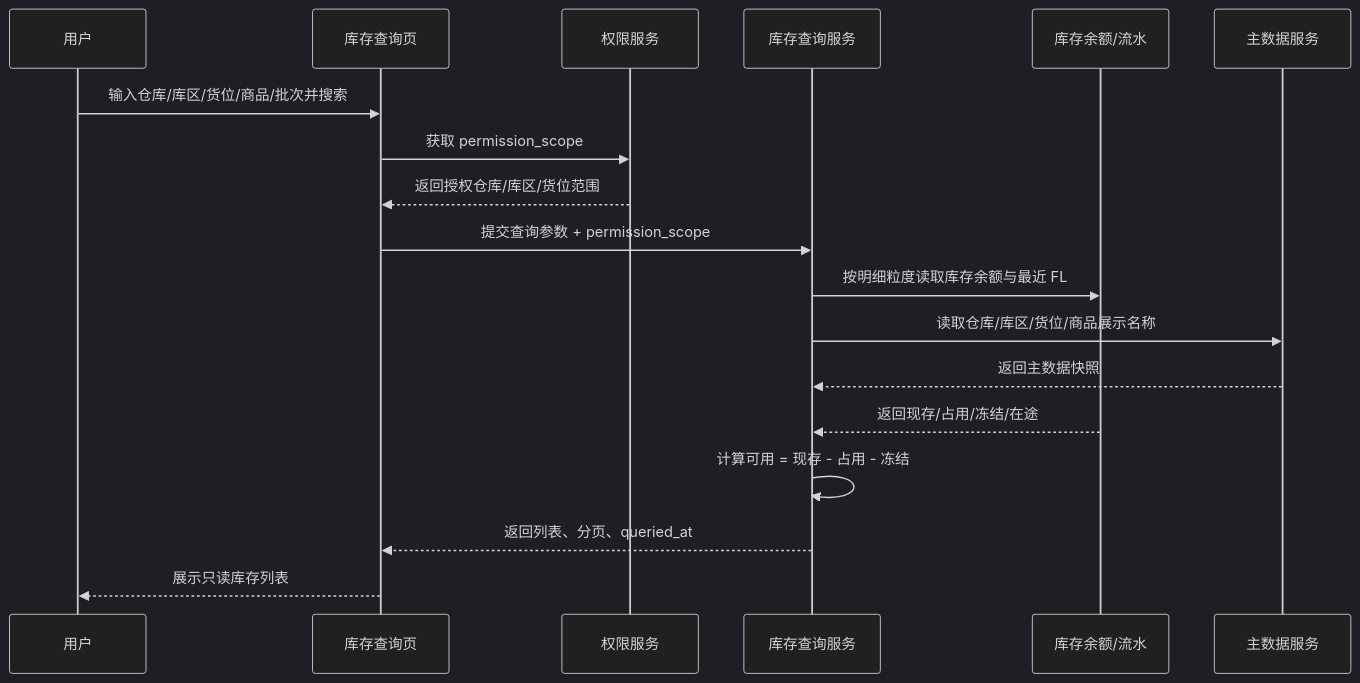
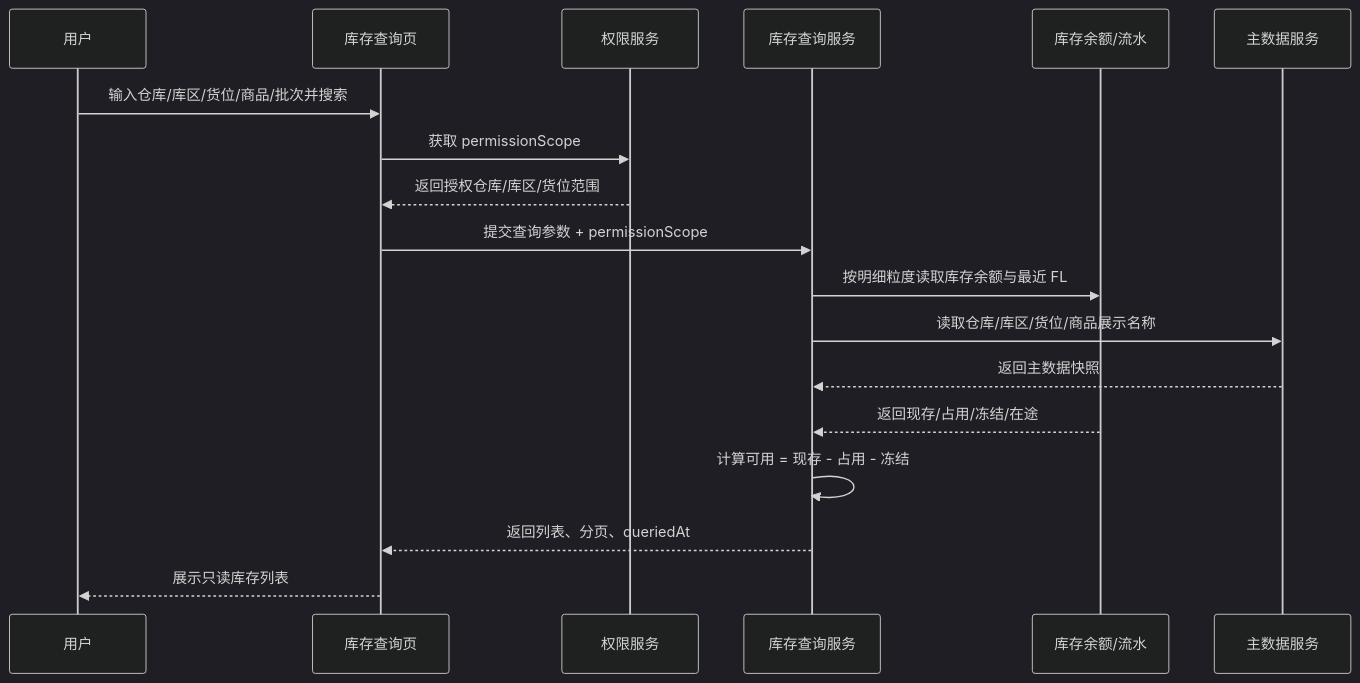
Before and after one commit to lophyJessica/forge-crm: the second of 2 diagrams in prd-docs/库存管理/库存查询/库存查询_业务流程推演.md, drawn with Mermaid (dark theme). The commit also changed other lines of this file and 51 other files, not shown here.

````diff
--- a/prd-docs/库存管理/库存查询/库存查询_业务流程推演.md
+++ b/prd-docs/库存管理/库存查询/库存查询_业务流程推演.md
@@ -59,21 +59,21 @@
 ```mermaid
 sequenceDiagram
     participant U as 用户
     participant Page as 库存查询页
     participant Auth as 权限服务
     participant Inv as 库存查询服务
     participant Bal as 库存余额/流水
     participant Master as 主数据服务
 
     U->>Page: 输入仓库/库区/货位/商品/批次并搜索
-    Page->>Auth: 获取 permission_scope
+    Page->>Auth: 获取 permissionScope
     Auth-->>Page: 返回授权仓库/库区/货位范围
-    Page->>Inv: 提交查询参数 + permission_scope
+    Page->>Inv: 提交查询参数 + permissionScope
     Inv->>Bal: 按明细粒度读取库存余额与最近 FL
     Inv->>Master: 读取仓库/库区/货位/商品展示名称
     Master-->>Inv: 返回主数据快照
     Bal-->>Inv: 返回现存/占用/冻结/在途
     Inv->>Inv: 计算可用 = 现存 - 占用 - 冻结
-    Inv-->>Page: 返回列表、分页、queried_at
+    Inv-->>Page: 返回列表、分页、queriedAt
     Page-->>U: 展示只读库存列表
 ```
````
